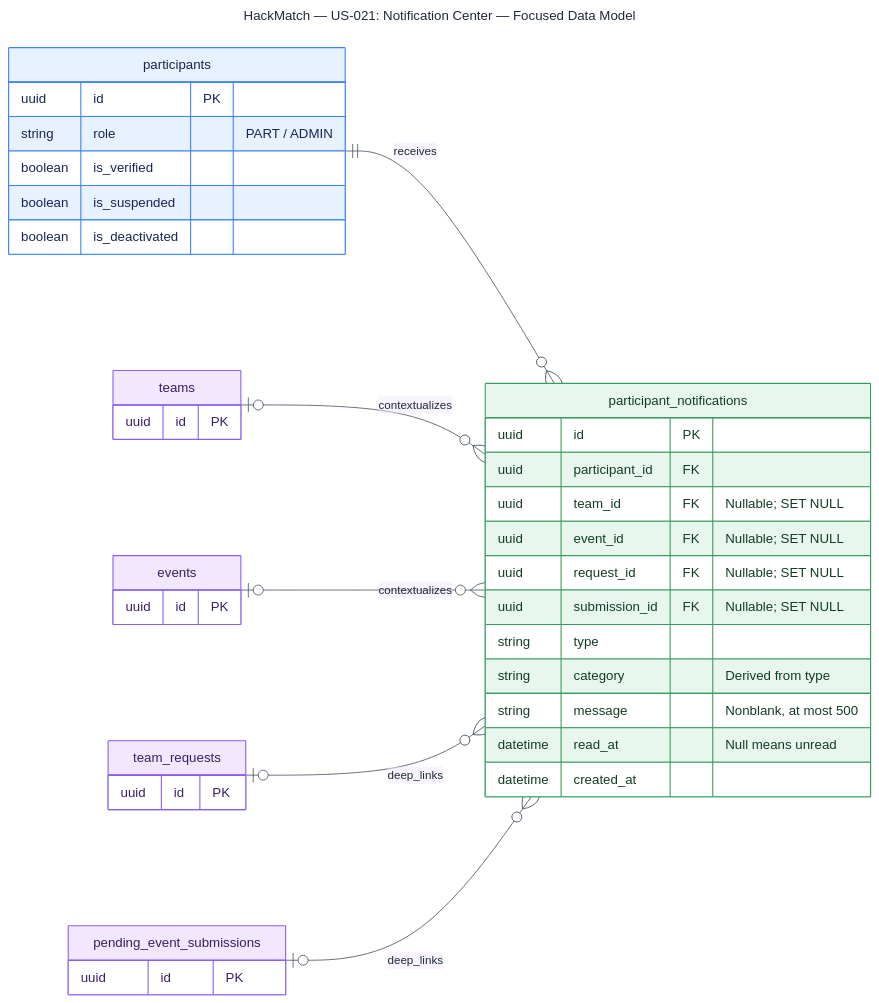
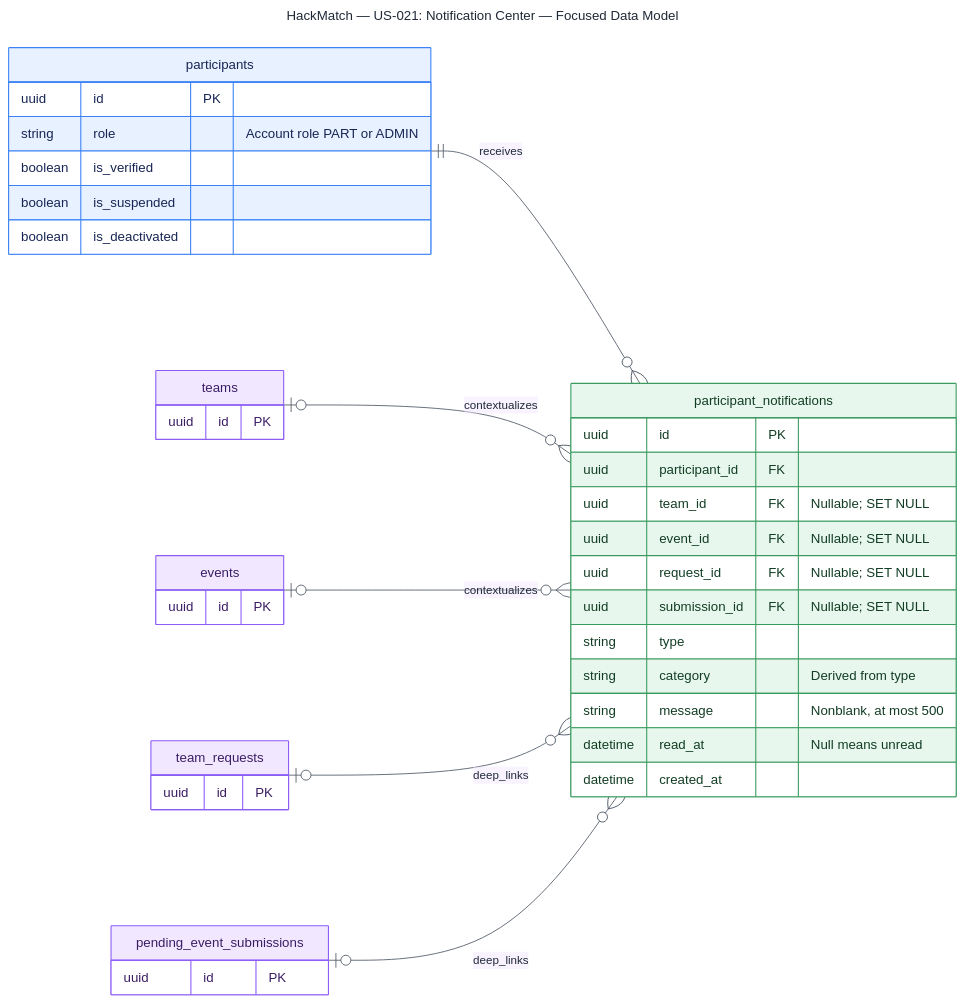
The diagram in docs/diagrams/US-021/US-021-notification-data-model.mmd (comp313-g1/HackMatch), drawn with Mermaid before and after one commit. The commit also changed 54 other files, not shown here.

Commit message:
docs(diagrams): add US-035 and align engineering diagrams (#450)

```diff
--- a/docs/diagrams/US-021/US-021-notification-data-model.mmd
+++ b/docs/diagrams/US-021/US-021-notification-data-model.mmd
@@ -1,57 +1,57 @@
 ---
 title: "HackMatch — US-021: Notification Center — Focused Data Model"
 ---
 %%{init: {"theme":"base","themeVariables":{"background":"#ffffff","primaryColor":"#e8f1ff","primaryTextColor":"#1f2937","primaryBorderColor":"#3b82f6","lineColor":"#4b5563","tertiaryColor":"#f1e8ff","fontFamily":"Arial, sans-serif"},"er":{"useMaxWidth":true,"diagramPadding":24,"layoutDirection":"LR","minEntityWidth":250,"minEntityHeight":75,"entityPadding":14,"stroke":"#4b5563","fill":"#ffffff","fontSize":14}}}%%
 erDiagram
     direction LR
 
     PARTICIPANTS ||--o{ PARTICIPANT_NOTIFICATIONS : receives
     TEAMS o|--o{ PARTICIPANT_NOTIFICATIONS : contextualizes
     EVENTS o|--o{ PARTICIPANT_NOTIFICATIONS : contextualizes
     TEAM_REQUESTS o|--o{ PARTICIPANT_NOTIFICATIONS : deep_links
     PENDING_EVENT_SUBMISSIONS o|--o{ PARTICIPANT_NOTIFICATIONS : deep_links
 
     PARTICIPANTS["participants"] {
         uuid id PK
-        string role "PART / ADMIN"
+        string role "Account role PART or ADMIN"
         boolean is_verified
         boolean is_suspended
         boolean is_deactivated
     }
 
     PARTICIPANT_NOTIFICATIONS["participant_notifications"] {
         uuid id PK
         uuid participant_id FK
         uuid team_id FK "Nullable; SET NULL"
         uuid event_id FK "Nullable; SET NULL"
         uuid request_id FK "Nullable; SET NULL"
         uuid submission_id FK "Nullable; SET NULL"
         string type
         string category "Derived from type"
         string message "Nonblank, at most 500"
         datetime read_at "Null means unread"
         datetime created_at
     }
 
     TEAMS["teams"] {
         uuid id PK
     }
 
     EVENTS["events"] {
         uuid id PK
     }
 
     TEAM_REQUESTS["team_requests"] {
         uuid id PK
     }
 
     PENDING_EVENT_SUBMISSIONS["pending_event_submissions"] {
         uuid id PK
     }
 
     classDef identity fill:#e8f1ff,stroke:#3b82f6,color:#172554
     classDef domain fill:#f1e8ff,stroke:#8b5cf6,color:#3b1d64
     classDef persistence fill:#e8f7ed,stroke:#3a9b5f,color:#123d24
     class PARTICIPANTS identity
     class TEAMS,EVENTS,TEAM_REQUESTS,PENDING_EVENT_SUBMISSIONS domain
     class PARTICIPANT_NOTIFICATIONS persistence
```
